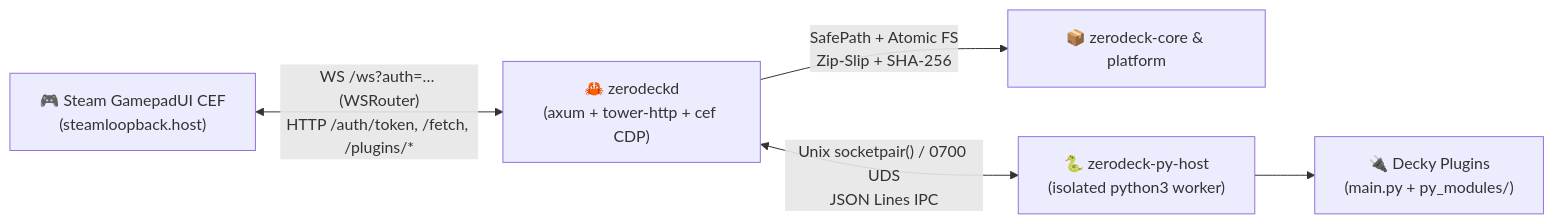
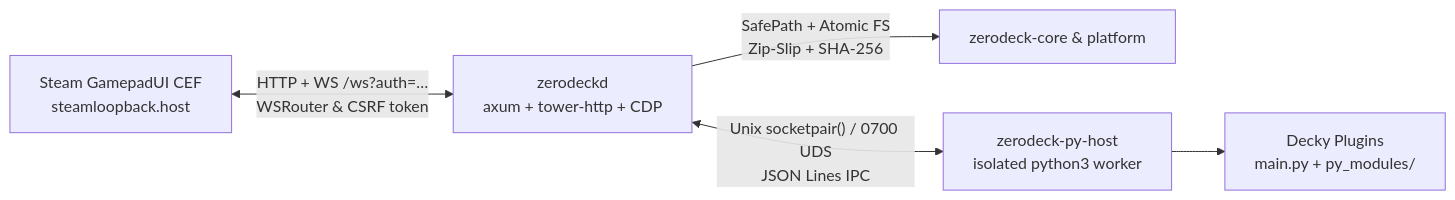
Before and after one commit to ygorsimoes/zerodeck: the diagram in README.md, drawn with Mermaid. The commit also changed other lines of this file and 2 other files, not shown here.

````diff
--- a/README.md
+++ b/README.md
@@ -37,7 +73,7 @@
 ```mermaid
 flowchart LR
-    CEF["🎮 Steam GamepadUI CEF<br/>(steamloopback.host)"] <-->|"WS /ws?auth=… (WSRouter)<br/>HTTP /auth/token, /fetch, /plugins/*"| Server["🦀 zerodeckd<br/>(axum + tower-http + cef CDP)"]
-    Server -->|"SafePath + Atomic FS<br/>Zip-Slip + SHA-256"| Core["📦 zerodeck-core & platform"]
-    Server <-->|"Unix socketpair() / 0700 UDS<br/>JSON Lines IPC"| PyHost["🐍 zerodeck-py-host<br/>(isolated python3 worker)"]
-    PyHost --> Plugins["🔌 Decky Plugins<br/>(main.py + py_modules/)"]
+    CEF["Steam GamepadUI CEF<br/>steamloopback.host"] <-->|"HTTP + WS /ws?auth=…<br/>WSRouter & CSRF token"| Server["zerodeckd<br/>axum + tower-http + CDP"]
+    Server -->|"SafePath + Atomic FS<br/>Zip-Slip + SHA-256"| Core["zerodeck-core & platform"]
+    Server <-->|"Unix socketpair() / 0700 UDS<br/>JSON Lines IPC"| PyHost["zerodeck-py-host<br/>isolated python3 worker"]
+    PyHost --> Plugins["Decky Plugins<br/>main.py + py_modules/"]
 ```
````
